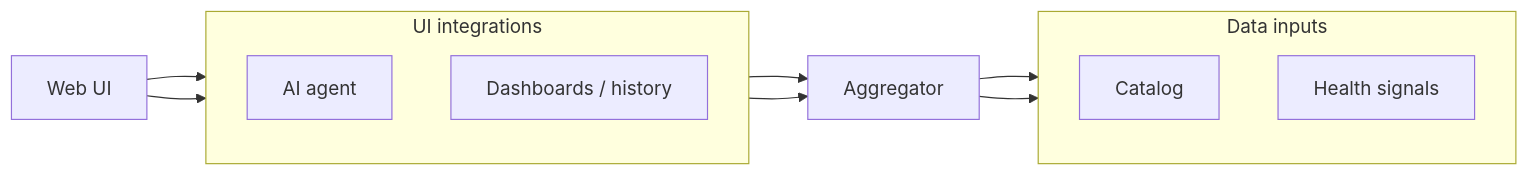
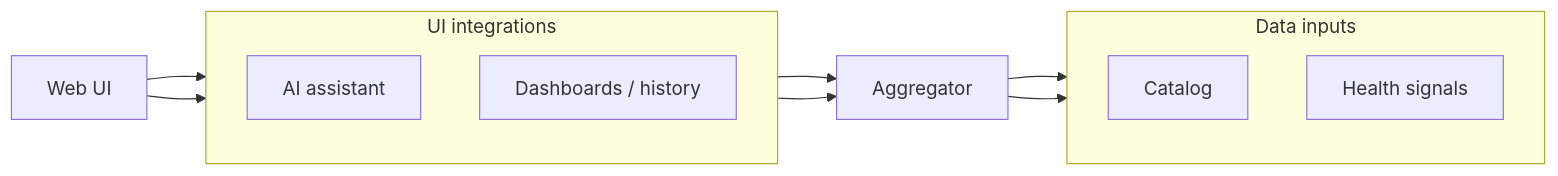
Before and after one commit to aleksei-sapozhnikov/aggregator: the first of 3 diagrams in README.md, drawn with Mermaid.

Commit message:
Rename overview AI agent to AI assistant

````diff
--- a/README.md
+++ b/README.md
@@ -60,27 +60,27 @@
 ```mermaid
 flowchart LR
   ui["Web UI"]
 
   subgraph experience["UI integrations"]
     direction TB
-    agent["AI agent"]
+    agent["AI assistant"]
     dashboards["Dashboards / history"]
   end
 
   ui --> agent
   ui --> dashboards
 
   aggregator["Aggregator"]
 
   subgraph inputs["Data inputs"]
     direction TB
     catalog["Catalog"]
     signals["Health signals"]
   end
 
   agent --> aggregator
   dashboards --> aggregator
 
   aggregator --> catalog
   aggregator --> signals
 ```
````
